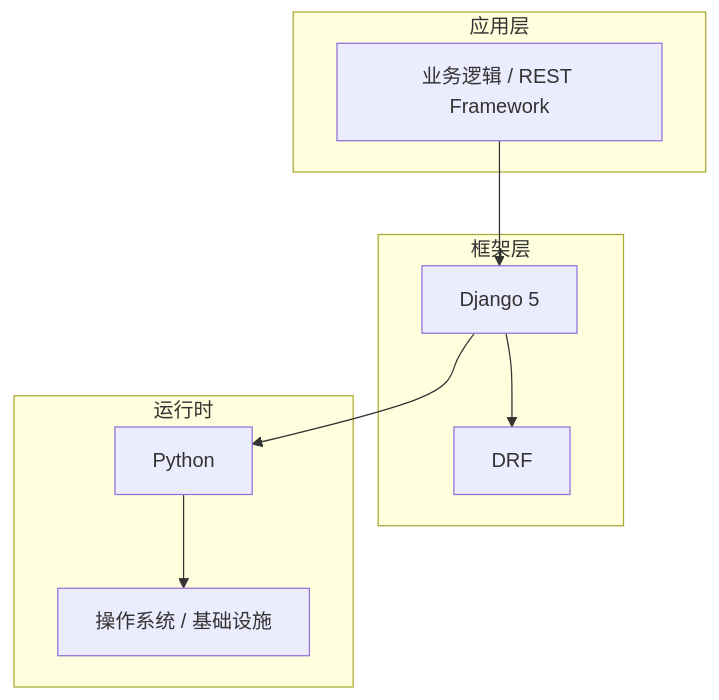
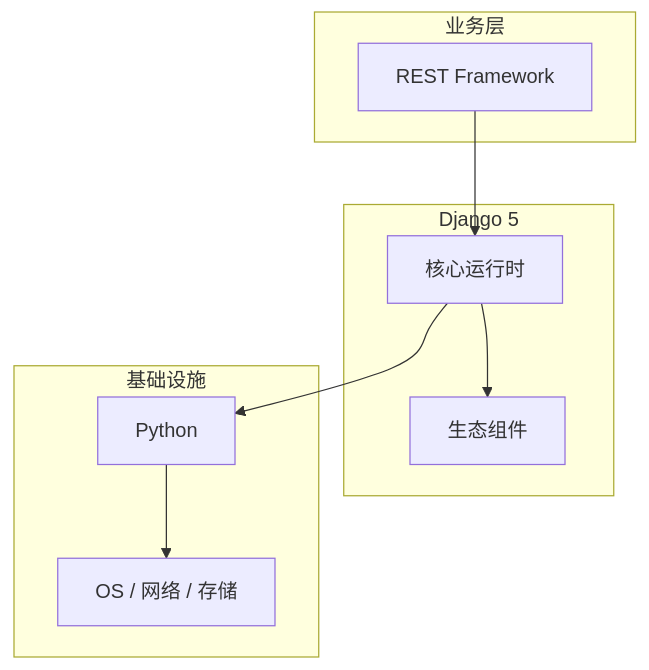
Before and after one commit to yanggan2015/knowledge-json-v2: the diagram in articles/Django/chapters/066-REST-Framework核心概念与原理.md, drawn with Mermaid. The commit also changed other lines of this file and 10127 other files, not shown here.

````diff
--- a/articles/Django/chapters/066-REST-Framework核心概念与原理.md
+++ b/articles/Django/chapters/066-REST-Framework核心概念与原理.md
@@ -45,18 +34,18 @@
 ```mermaid
 graph TB
-    subgraph 应用层
-        A[业务逻辑 / REST Framework]
+    subgraph 业务层
+        A[REST Framework]
     end
-    subgraph 框架层
-        B[Django 5]
-        C[DRF]
+    subgraph Django 5
+        B[核心运行时]
+        C[生态组件]
     end
-    subgraph 运行时
+    subgraph 基础设施
         D[Python]
-        E[操作系统 / 基础设施]
+        E[OS / 网络 / 存储]
     end
     A --> B
     B --> C
     B --> D
     D --> E
 ```
````
